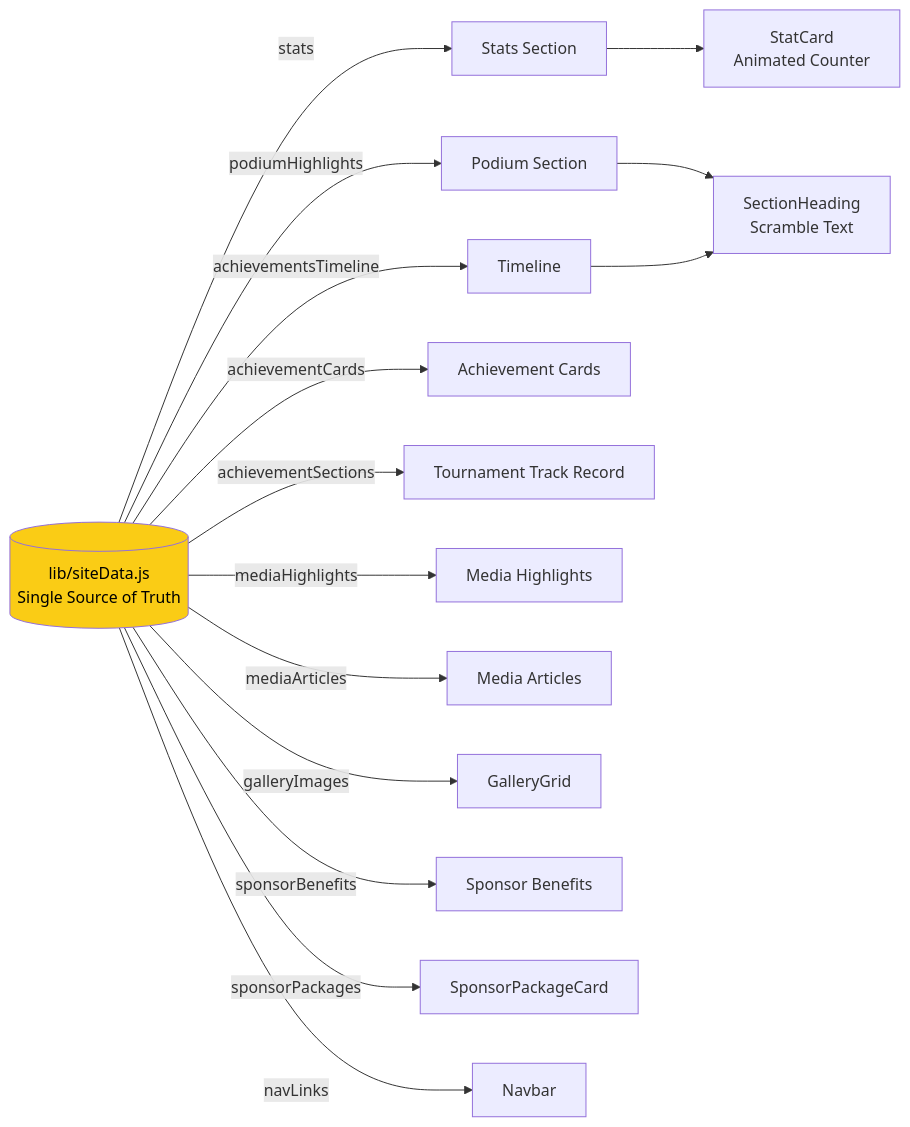
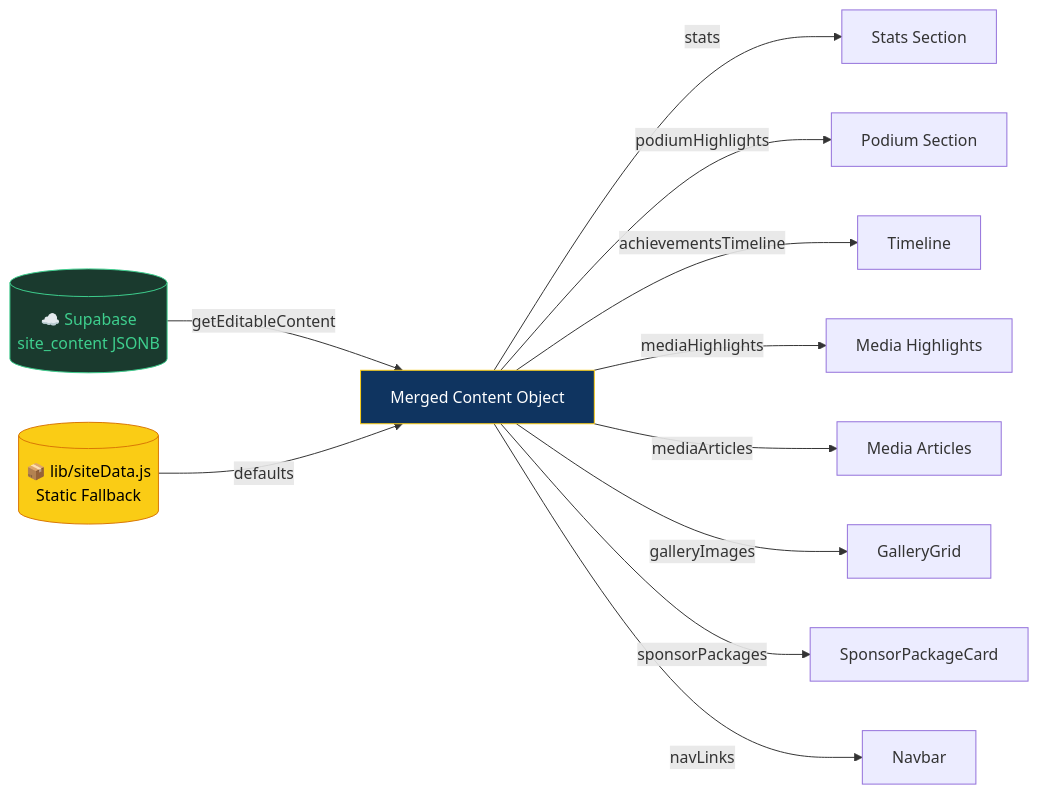
The third of 7 diagrams in README.md (Aakashwije/Matheesha_portfolio), drawn with Mermaid before and after one commit. The commit also changed other lines of this file, not shown here.

````diff
--- a/README.md
+++ b/README.md
@@ -357,22 +281,21 @@
 ```mermaid
 flowchart LR
-  SD[("lib/siteData.js\nSingle Source of Truth")]
+  DB[("☁️ Supabase\nsite_content JSONB")]
+  SD[("📦 lib/siteData.js\nStatic Fallback")]
 
-  SD -->|stats| StatsComp[Stats Section]
-  SD -->|podiumHighlights| PodiumComp[Podium Section]
-  SD -->|achievementsTimeline| TL[Timeline]
-  SD -->|achievementCards| AC[Achievement Cards]
-  SD -->|achievementSections| AS[Tournament Track Record]
-  SD -->|mediaHighlights| MH[Media Highlights]
-  SD -->|mediaArticles| MA[Media Articles]
-  SD -->|galleryImages| GG[GalleryGrid]
-  SD -->|sponsorBenefits| SB[Sponsor Benefits]
-  SD -->|sponsorPackages| SP[SponsorPackageCard]
-  SD -->|navLinks| Nav[Navbar]
+  DB -->|getEditableContent| Content["Merged Content Object"]
+  SD -->|defaults| Content
 
-  StatsComp --> StatCard[StatCard\nAnimated Counter]
-  PodiumComp --> SH[SectionHeading\nScramble Text]
-  TL --> SH
+  Content -->|stats| StatsComp["Stats Section"]
+  Content -->|podiumHighlights| PodiumComp["Podium Section"]
+  Content -->|achievementsTimeline| TL["Timeline"]
+  Content -->|mediaHighlights| MH["Media Highlights"]
+  Content -->|mediaArticles| MA["Media Articles"]
+  Content -->|galleryImages| GG["GalleryGrid"]
+  Content -->|sponsorPackages| SP["SponsorPackageCard"]
+  Content -->|navLinks| Nav["Navbar"]
 
-  style SD fill:#facc15,color:#000
+  style DB fill:#1a3a2e,color:#3ECF8E,stroke:#3ECF8E
+  style SD fill:#facc15,color:#000,stroke:#d97706
+  style Content fill:#0f3460,color:#fff,stroke:#facc15
 ```
````
